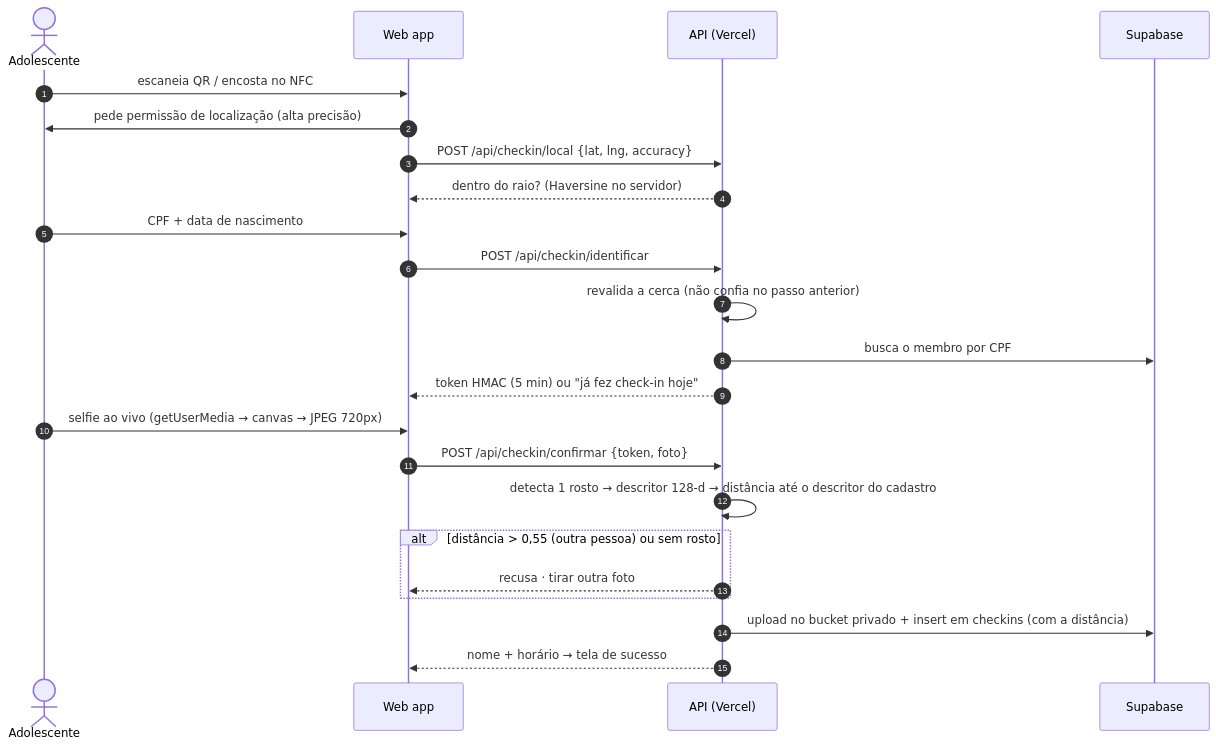
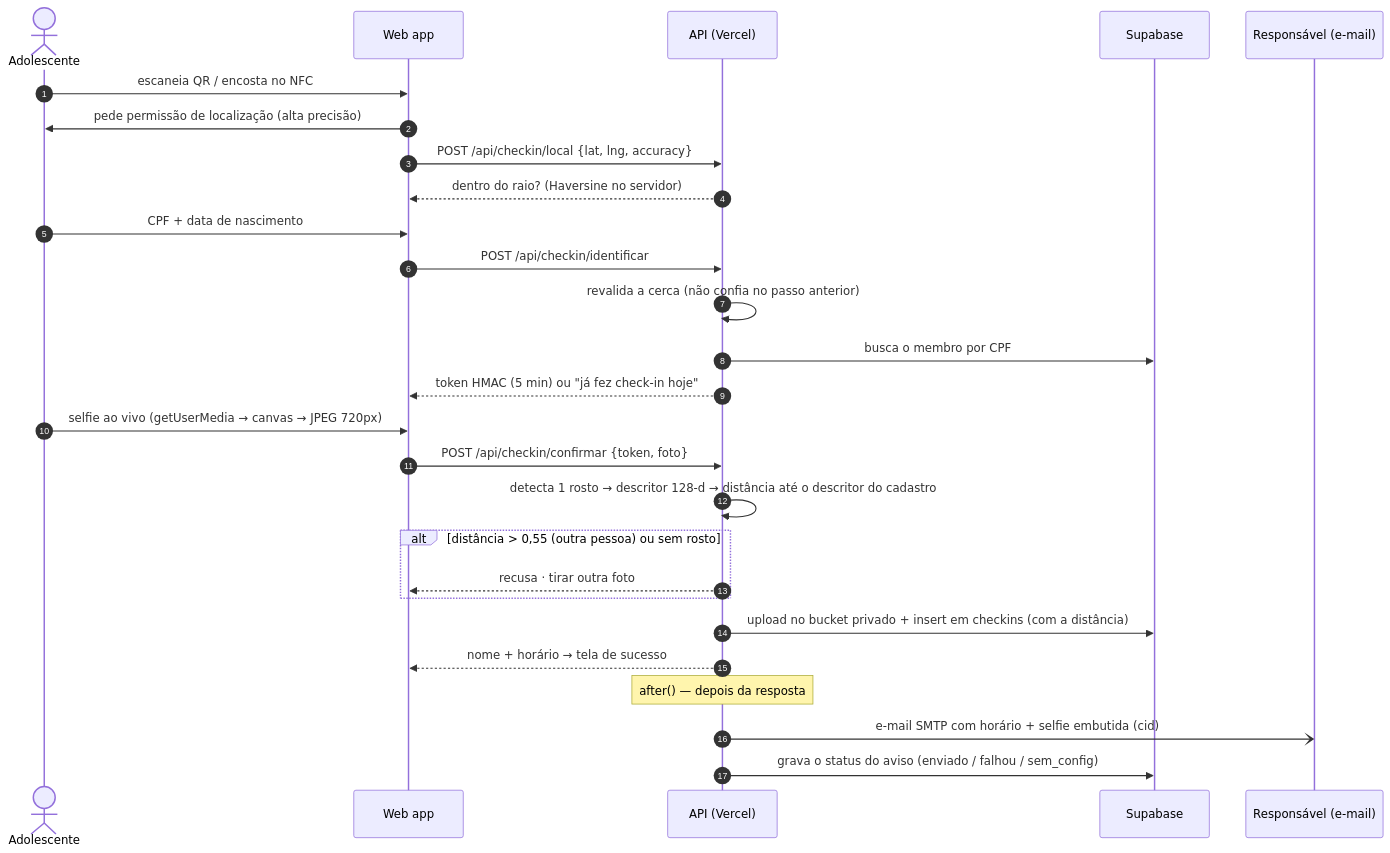
One commit to pedroeduardo36/flag-checkin changed the second of 2 diagrams in README.md. Above: the diagram before and after it, drawn with Mermaid. The commit also changed other lines of this file and 16 other files, not shown here.

First line of the commit message:
E-mail do responsável com horário e foto a cada check-in

````diff
--- a/README.md
+++ b/README.md
@@ -91,26 +100,30 @@
 ```mermaid
 sequenceDiagram
   autonumber
   actor A as Adolescente
   participant W as Web app
   participant S as API (Vercel)
   participant D as Supabase
+  participant R as Responsável (e-mail)
 
   A->>W: escaneia QR / encosta no NFC
   W->>A: pede permissão de localização (alta precisão)
   W->>S: POST /api/checkin/local {lat, lng, accuracy}
   S-->>W: dentro do raio? (Haversine no servidor)
   A->>W: CPF + data de nascimento
   W->>S: POST /api/checkin/identificar
   S->>S: revalida a cerca (não confia no passo anterior)
   S->>D: busca o membro por CPF
   S-->>W: token HMAC (5 min) ou "já fez check-in hoje"
   A->>W: selfie ao vivo (getUserMedia → canvas → JPEG 720px)
   W->>S: POST /api/checkin/confirmar {token, foto}
   S->>S: detecta 1 rosto → descritor 128-d → distância até o descritor do cadastro
   alt distância > 0,55 (outra pessoa) ou sem rosto
     S-->>W: recusa · tirar outra foto
   end
   S->>D: upload no bucket privado + insert em checkins (com a distância)
   S-->>W: nome + horário → tela de sucesso
+  Note over S: after() — depois da resposta
+  S-)R: e-mail SMTP com horário + selfie embutida (cid)
+  S->>D: grava o status do aviso (enviado / falhou / sem_config)
 ```
````
